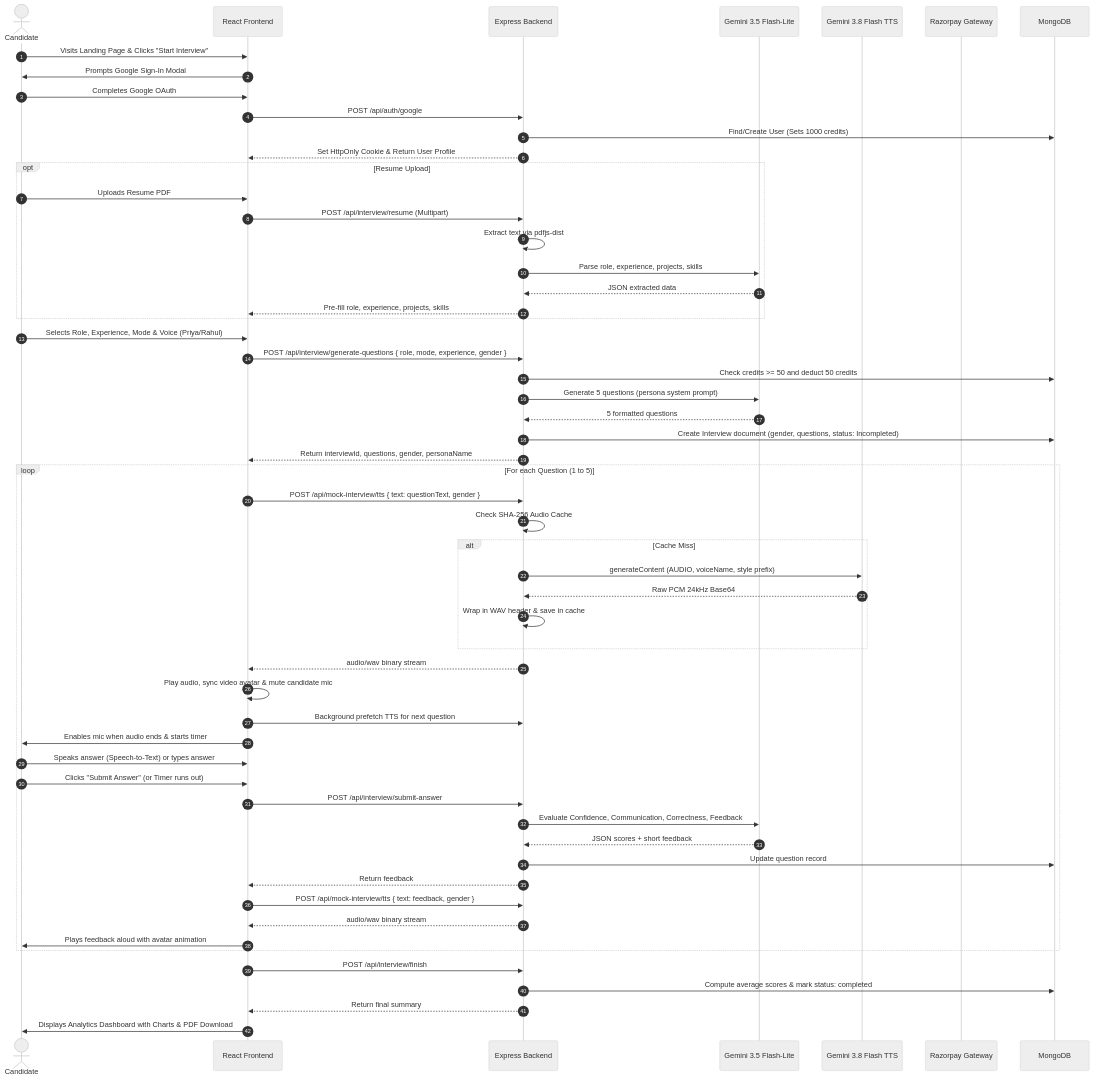
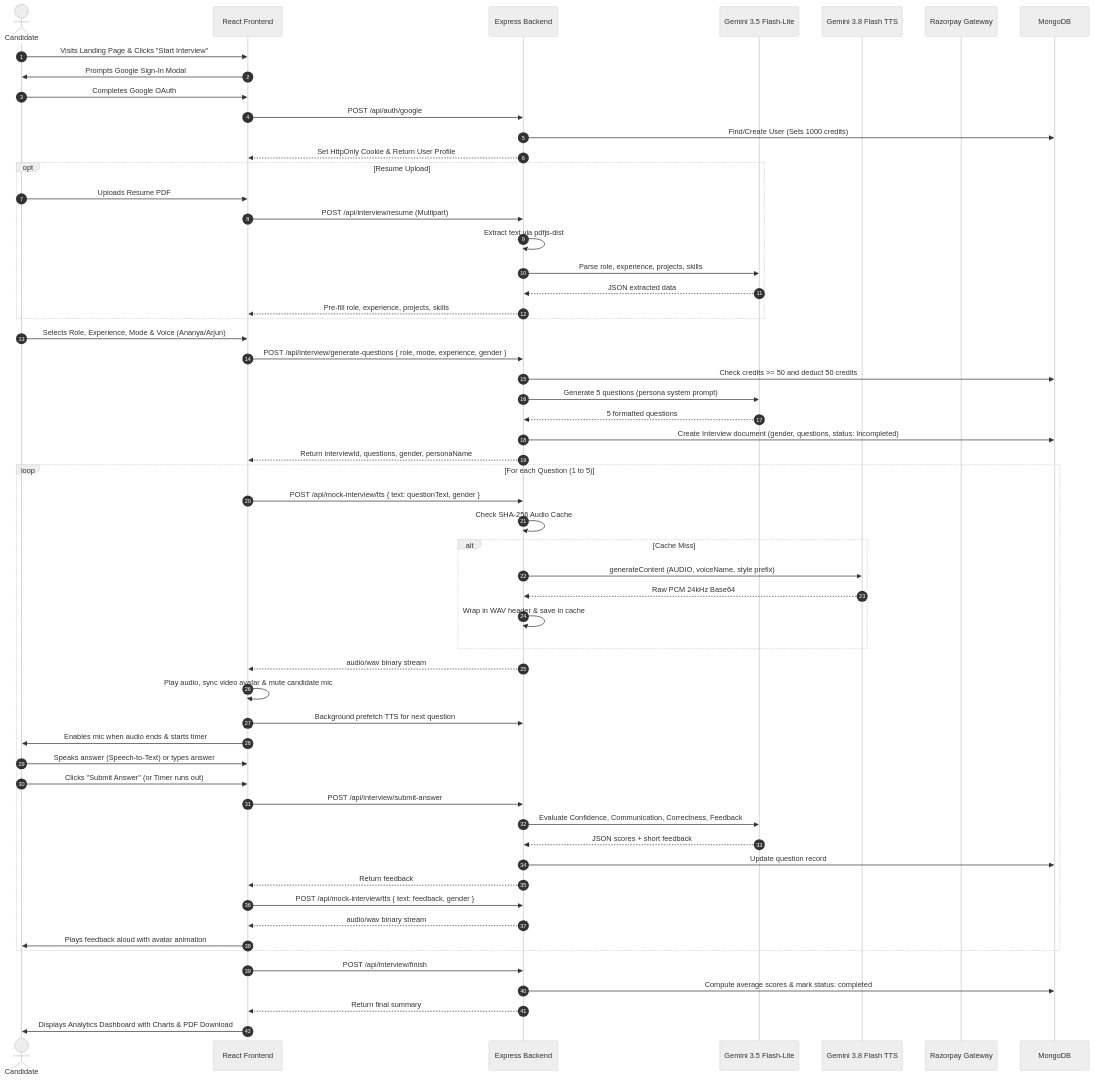
Before and after one commit to Hrshita833/AI-Interview: the diagram in PROJECT_DOCUMENTATION.md, drawn with Mermaid (neutral theme). The commit also changed other lines of this file and 20 other files, not shown here.

Commit message:
fix: clean audio processing, voice/text mode toggle, rename to Ananya and Arjun, robust fallback

````diff
--- a/PROJECT_DOCUMENTATION.md
+++ b/PROJECT_DOCUMENTATION.md
@@ -230,64 +230,64 @@
 ```mermaid
 sequenceDiagram
     autonumber
     actor User as Candidate
     participant UI as React Frontend
     participant Server as Express Backend
     participant GeminiText as Gemini 3.5 Flash-Lite
     participant GeminiTTS as Gemini 3.8 Flash TTS
     participant Razorpay as Razorpay Gateway
     participant DB as MongoDB
 
     User->>UI: Visits Landing Page & Clicks "Start Interview"
     UI->>User: Prompts Google Sign-In Modal
     User->>UI: Completes Google OAuth
     UI->>Server: POST /api/auth/google
     Server->>DB: Find/Create User (Sets 1000 credits)
     Server-->>UI: Set HttpOnly Cookie & Return User Profile
 
     opt Resume Upload
         User->>UI: Uploads Resume PDF
         UI->>Server: POST /api/interview/resume (Multipart)
         Server->>Server: Extract text via pdfjs-dist
         Server->>GeminiText: Parse role, experience, projects, skills
         GeminiText-->>Server: JSON extracted data
         Server-->>UI: Pre-fill role, experience, projects, skills
     end
 
-    User->>UI: Selects Role, Experience, Mode & Voice (Priya/Rahul)
+    User->>UI: Selects Role, Experience, Mode & Voice (Ananya/Arjun)
     UI->>Server: POST /api/interview/generate-questions { role, mode, experience, gender }
     Server->>DB: Check credits >= 50 and deduct 50 credits
     Server->>GeminiText: Generate 5 questions (persona system prompt)
     GeminiText-->>Server: 5 formatted questions
     Server->>DB: Create Interview document (gender, questions, status: Incompleted)
     Server-->>UI: Return interviewId, questions, gender, personaName
 
     loop For each Question (1 to 5)
         UI->>Server: POST /api/mock-interview/tts { text: questionText, gender }
         Server->>Server: Check SHA-256 Audio Cache
         alt Cache Miss
             Server->>GeminiTTS: generateContent (AUDIO, voiceName, style prefix)
             GeminiTTS-->>Server: Raw PCM 24kHz Base64
             Server->>Server: Wrap in WAV header & save in cache
         end
         Server-->>UI: audio/wav binary stream
         UI->>UI: Play audio, sync video avatar & mute candidate mic
         UI->>Server: Background prefetch TTS for next question
         UI->>User: Enables mic when audio ends & starts timer
         User->>UI: Speaks answer (Speech-to-Text) or types answer
         User->>UI: Clicks "Submit Answer" (or Timer runs out)
         UI->>Server: POST /api/interview/submit-answer
         Server->>GeminiText: Evaluate Confidence, Communication, Correctness, Feedback
         GeminiText-->>Server: JSON scores + short feedback
         Server->>DB: Update question record
         Server-->>UI: Return feedback
         UI->>Server: POST /api/mock-interview/tts { text: feedback, gender }
         Server-->>UI: audio/wav binary stream
         UI->>User: Plays feedback aloud with avatar animation
     end
 
     UI->>Server: POST /api/interview/finish
     Server->>DB: Compute average scores & mark status: completed
     Server-->>UI: Return final summary
     UI->>User: Displays Analytics Dashboard with Charts & PDF Download
 ```
````
